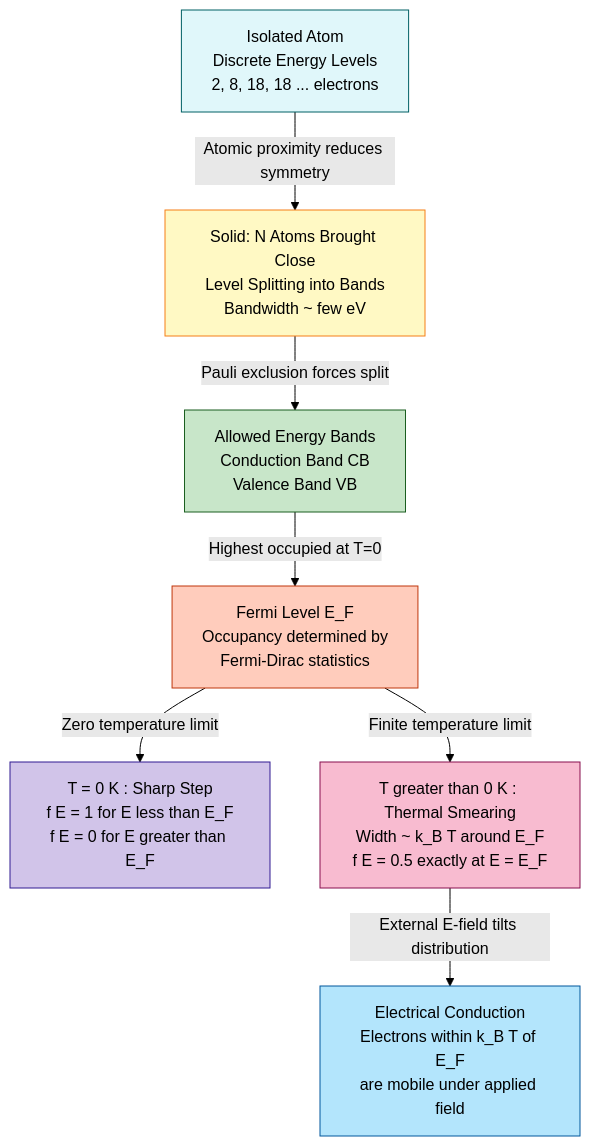
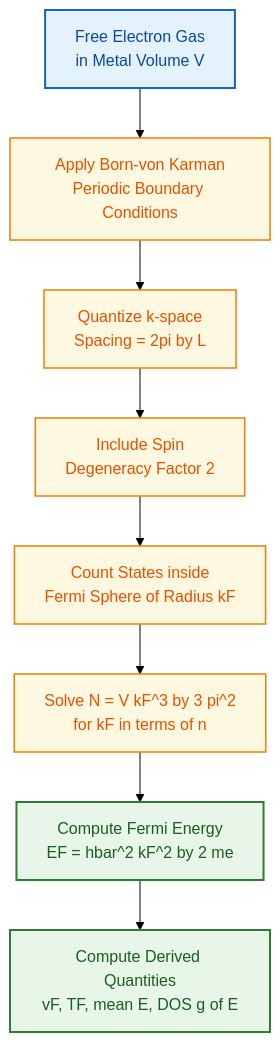
One commit to vishnuu-kr/ktunode changed the first of 4 diagrams in public/notes/computer-science-and-engineering/semester-1/gapht121-physics-for-information-science/01-module-1-electrical-conductivity/fermi-energy/notes.md. Above: the diagram before and after it, drawn with Mermaid (forest theme). The commit also changed other lines of this file and 4829 other files, not shown here.

````diff
--- a/public/notes/computer-science-and-engineering/semester-1/gapht121-physics-for-information-science/01-module-1-electrical-conductivity/fermi-energy/notes.md
+++ b/public/notes/computer-science-and-engineering/semester-1/gapht121-physics-for-information-science/01-module-1-electrical-conductivity/fermi-energy/notes.md
@@ -453,25 +342,23 @@
 ```mermaid
-flowchart TB
-    A["Isolated Atom<br/>Discrete Energy Levels<br/>2, 8, 18, 18 ... electrons"]
-    B["Solid: N Atoms Brought Close<br/>Level Splitting into Bands<br/>Bandwidth ~ few eV"]
-    C["Allowed Energy Bands<br/>Conduction Band CB<br/>Valence Band VB"]
-    D["Fermi Level E_F<br/>Occupancy determined by<br/>Fermi-Dirac statistics"]
-    E["T = 0 K : Sharp Step<br/>f E = 1 for E less than E_F<br/>f E = 0 for E greater than E_F"]
-    F["T greater than 0 K : Thermal Smearing<br/>Width ~ k_B T around E_F<br/>f E = 0.5 exactly at E = E_F"]
-    G["Electrical Conduction<br/>Electrons within k_B T of E_F<br/>are mobile under applied field"]
+flowchart TD
+    A["Free Electron Gas<br/>in Metal Volume V"]:::input
+    B["Apply Born-von Karman<br/>Periodic Boundary Conditions"]:::step
+    C["Quantize k-space<br/>Spacing = 2pi by L"]:::step
+    D["Include Spin<br/>Degeneracy Factor 2"]:::step
+    E["Count States inside<br/>Fermi Sphere of Radius kF"]:::step
+    F["Solve N = V kF^3 by 3 pi^2<br/>for kF in terms of n"]:::step
+    G["Compute Fermi Energy<br/>EF = hbar^2 kF^2 by 2 me"]:::output
+    H["Compute Derived Quantities<br/>vF, TF, mean E, DOS g of E"]:::output
 
-    A -- "Atomic proximity reduces symmetry" --> B
-    B -- "Pauli exclusion forces split" --> C
-    C -- "Highest occupied at T=0" --> D
-    D -- "Zero temperature limit" --> E
-    D -- "Finite temperature limit" --> F
-    F -- "External E-field tilts distribution" --> G
+    A --> B
+    B --> C
+    C --> D
+    D --> E
+    E --> F
+    F --> G
+    G --> H
 
-    style A fill:#e0f7fa,stroke:#006064,color:#000
-    style B fill:#fff9c4,stroke:#f57f17,color:#000
-    style C fill:#c8e6c9,stroke:#1b5e20,color:#000
-    style D fill:#ffccbc,stroke:#bf360c,color:#000
-    style E fill:#d1c4e9,stroke:#311b92,color:#000
-    style F fill:#f8bbd0,stroke:#880e4f,color:#000
-    style G fill:#b3e5fc,stroke:#01579b,color:#000
+    classDef input  fill:#e3f2fd,stroke:#1565c0,stroke-width:2px,color:#0d47a1
+    classDef step   fill:#fff8e1,stroke:#f57c00,stroke-width:1.5px,color:#e65100
+    classDef output fill:#e8f5e9,stroke:#2e7d32,stroke-width:2px,color:#1b5e20
 ```
````
